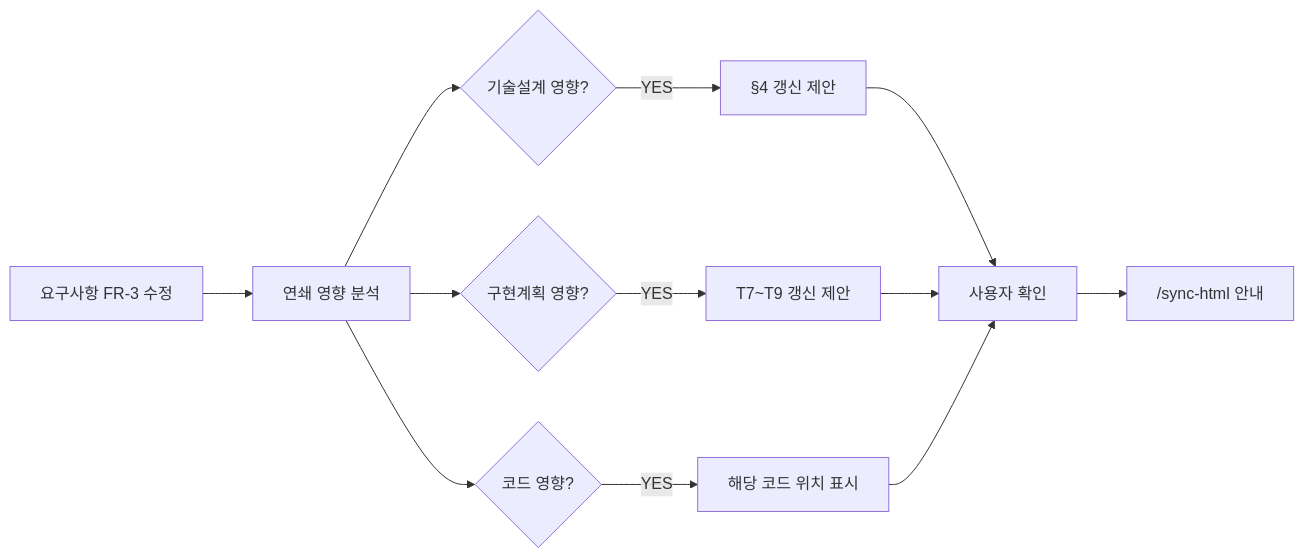
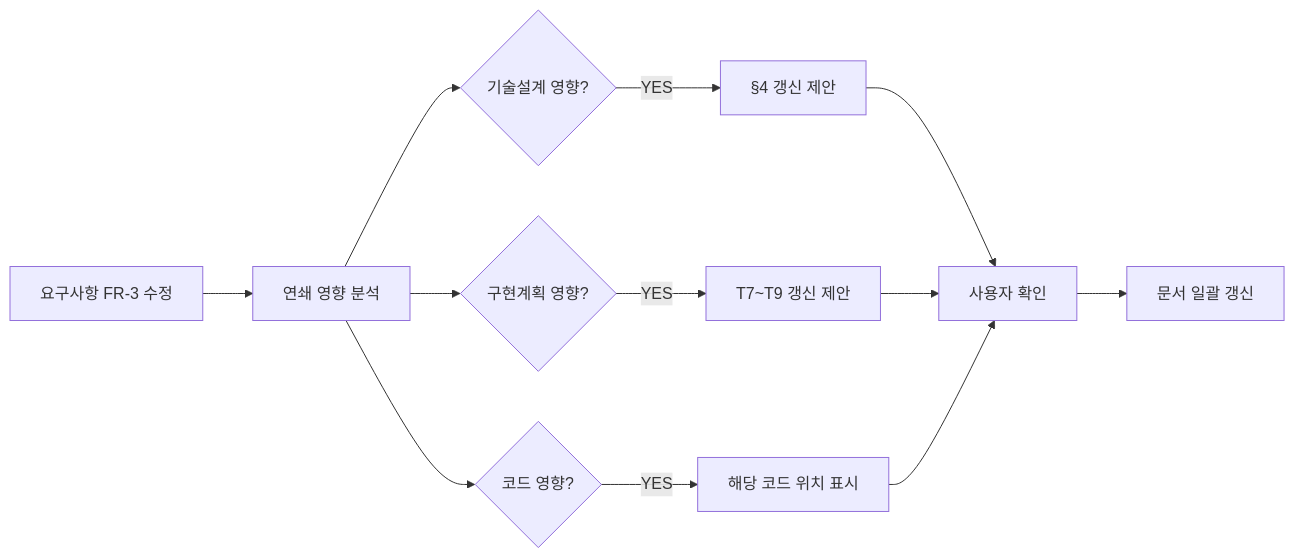
One commit to LonerStayle/js-super changed the sixth of 7 diagrams in README.md. Above: the diagram before and after it, drawn with Mermaid. The commit also changed other lines of this file and 37 other files, not shown here.

First line of the commit message:
chore: 미사용 스킬 3종 + /sync-html 제거 — 참조·문서·네임스페이스 정리

````diff
--- a/README.md
+++ b/README.md
@@ -700,14 +669,14 @@
 ```mermaid
 flowchart LR
     A[요구사항 FR-3 수정] --> B[연쇄 영향 분석]
     B --> C{기술설계 영향?}
     B --> D{구현계획 영향?}
     B --> E{코드 영향?}
     C -->|YES| F[§4 갱신 제안]
     D -->|YES| G[T7~T9 갱신 제안]
     E -->|YES| H[해당 코드 위치 표시]
     F --> I[사용자 확인]
     G --> I
     H --> I
-    I --> J["/sync-html 안내"]
+    I --> J[문서 일괄 갱신]
 ```
````
